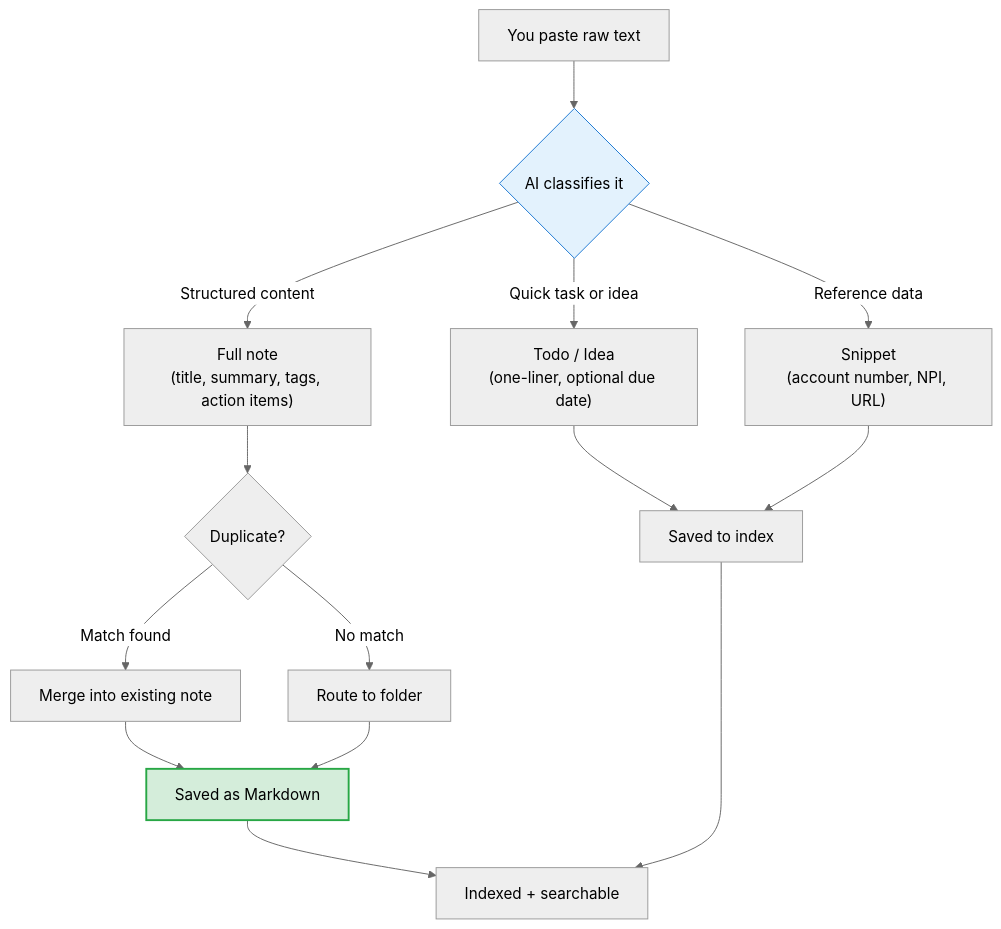
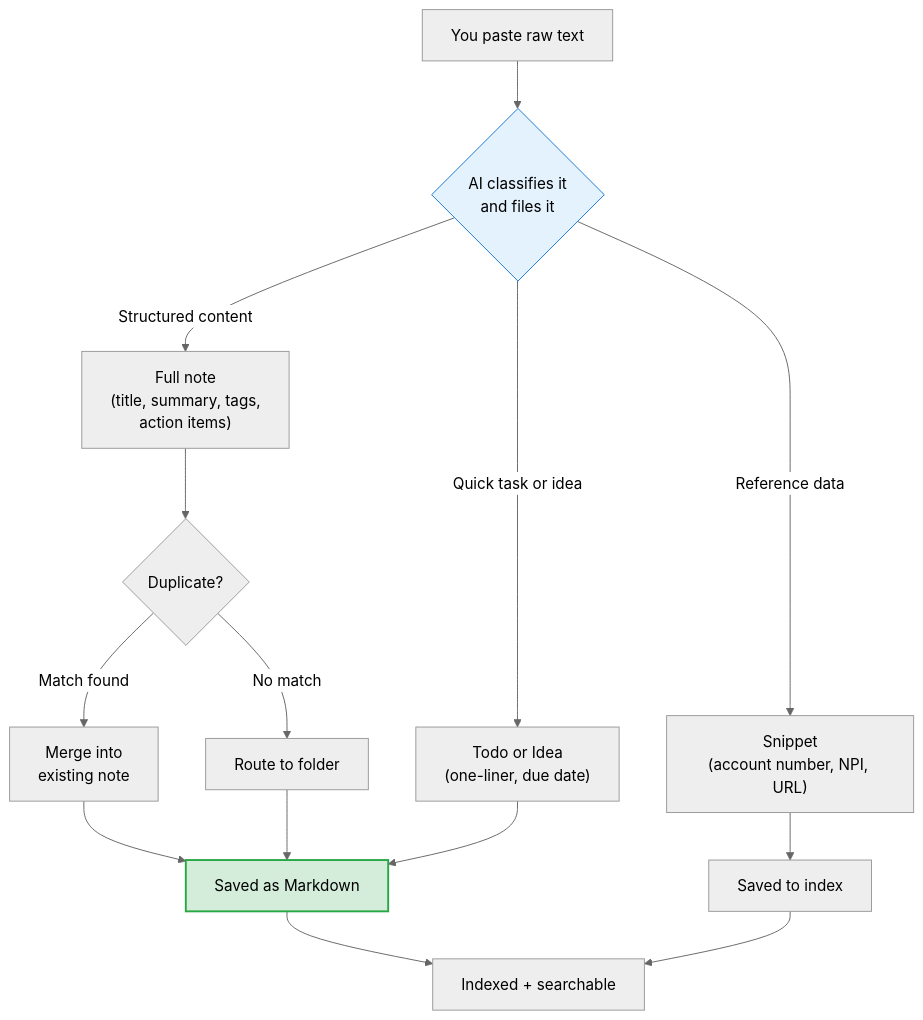
One commit to chloeliu/notely changed the first of 2 diagrams in README.md. Above: the diagram before and after it, drawn with Mermaid (neutral theme). The commit also changed other lines of this file, not shown here.

First line of the commit message:
Fix flowchart accuracy, add workspace setup section

````diff
--- a/README.md
+++ b/README.md
@@ -121,19 +144,19 @@
 ```mermaid
 flowchart TD
-    A["You paste raw text"] --> B{"AI classifies it"}
-    B -->|"Structured content"| C["Full note<br/>(title, summary, tags, action items)"]
-    B -->|"Quick task or idea"| D["Todo / Idea<br/>(one-liner, optional due date)"]
+    A["You paste raw text"] --> B{"AI classifies it<br/>and files it"}
+    B -->|"Structured content"| C["Full note<br/>(title, summary, tags,<br/>action items)"]
+    B -->|"Quick task or idea"| D["Todo or Idea<br/>(one-liner, due date)"]
     B -->|"Reference data"| E["Snippet<br/>(account number, NPI, URL)"]
     C --> F{"Duplicate?"}
-    F -->|"Match found"| G["Merge into existing note"]
+    F -->|"Match found"| G["Merge into<br/>existing note"]
     F -->|"No match"| H["Route to folder"]
     G --> I["Saved as Markdown"]
     H --> I
-    D --> J["Saved to index"]
-    E --> J
+    D --> I
+    E --> J["Saved to index"]
     I --> K["Indexed + searchable"]
     J --> K
 
     style B fill:#e3f2fd,stroke:#1976d2
     style I fill:#d4edda,stroke:#28a745,stroke-width:2px
 ```
````
